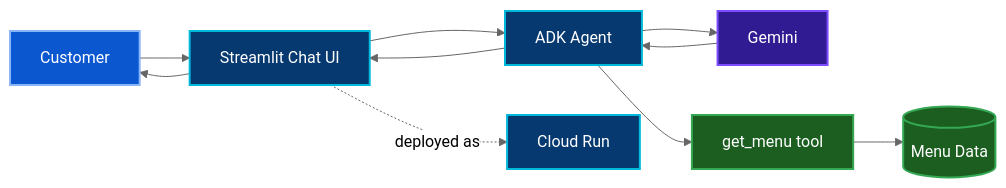
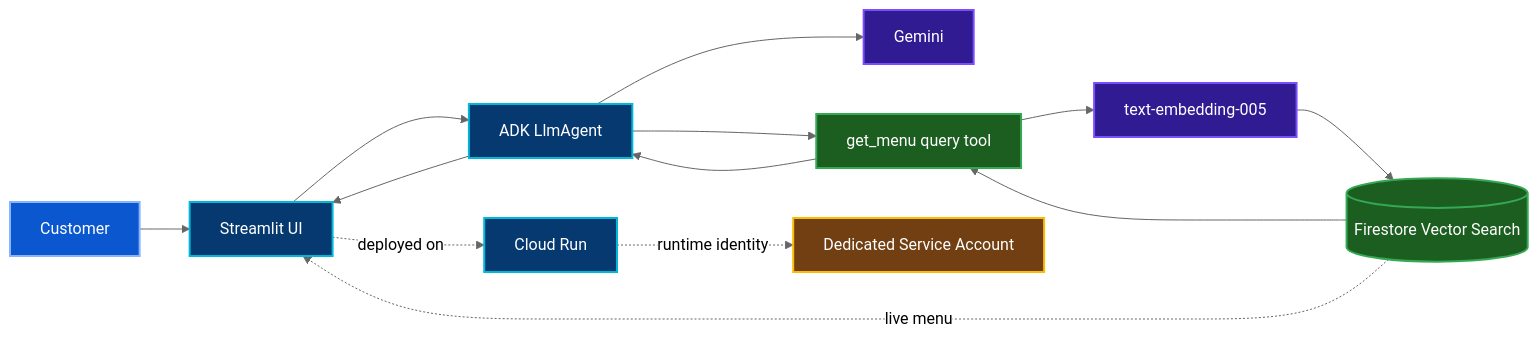
One commit to sonia11mansha415/google-cloud-genai-academy-apac-cohort-3 changed the diagram in 01-track-1-rag-adk-cloud-run/README.md. Above: the diagram before and after it, drawn with Mermaid (neutral theme). The commit also changed other lines of this file, not shown here.

Commit message:
docs(track1): close the RAG and vector search build

````diff
--- a/01-track-1-rag-adk-cloud-run/README.md
+++ b/01-track-1-rag-adk-cloud-run/README.md
@@ -39,21 +94,26 @@
 ```mermaid
 flowchart LR
-    U[Customer] --> S[Streamlit Chat UI]
-    S --> A[ADK Agent]
+    U[Customer] --> S[Streamlit UI]
+    S --> A[ADK LlmAgent]
     A --> G[Gemini]
-    A --> T[get_menu tool]
-    T --> M[(Menu Data)]
-    G --> A
+    A --> T[get_menu query tool]
+    T --> E[text-embedding-005]
+    E --> F[(Firestore Vector Search)]
+    F --> T
+    T --> A
     A --> S
-    S --> U
-    S -. deployed as .-> C[Cloud Run]
+    F -. live menu .-> S
+    S -. deployed on .-> C[Cloud Run]
+    C -. runtime identity .-> I[Dedicated Service Account]
 
     classDef user fill:#0B57D0,stroke:#8AB4F8,color:#fff,stroke-width:2px;
     classDef app fill:#063970,stroke:#00B8D9,color:#fff,stroke-width:2px;
     classDef model fill:#311B92,stroke:#7C4DFF,color:#fff,stroke-width:2px;
     classDef data fill:#1B5E20,stroke:#34A853,color:#fff,stroke-width:2px;
+    classDef identity fill:#713F12,stroke:#FBBC04,color:#fff,stroke-width:2px;
     class U user;
     class S,A,C app;
-    class G model;
-    class T,M data;
+    class G,E model;
+    class T,F data;
+    class I identity;
 ```
````
